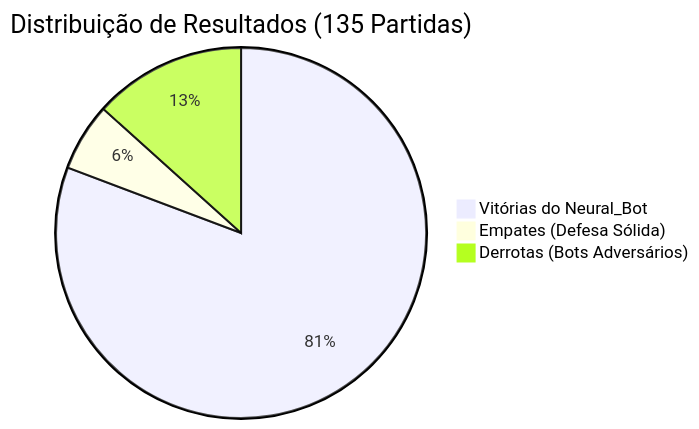
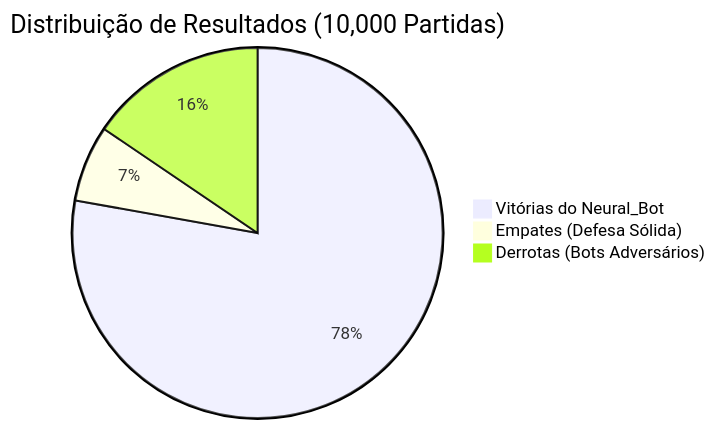
The first of 2 diagrams in chess_bot/relatorios_avancos/relatorio_bateria_10000_partidas_64_workers.md (Bruno1991/sNeura_Gym), drawn with Mermaid before and after one commit. The commit also changed other lines of this file and 10 other files, not shown here.

````diff
--- a/chess_bot/relatorios_avancos/relatorio_bateria_10000_partidas_64_workers.md
+++ b/chess_bot/relatorios_avancos/relatorio_bateria_10000_partidas_64_workers.md
@@ -19,6 +19,6 @@
 ```mermaid
-pie title Distribuição de Resultados (135 Partidas)
-    "Vitórias do Neural_Bot" : 109
-    "Empates (Defesa Sólida)" : 8
-    "Derrotas (Bots Adversários)" : 18
+pie title Distribuição de Resultados (10,000 Partidas)
+    "Vitórias do Neural_Bot" : 7782
+    "Empates (Defesa Sólida)" : 666
+    "Derrotas (Bots Adversários)" : 1552
 ```
````
